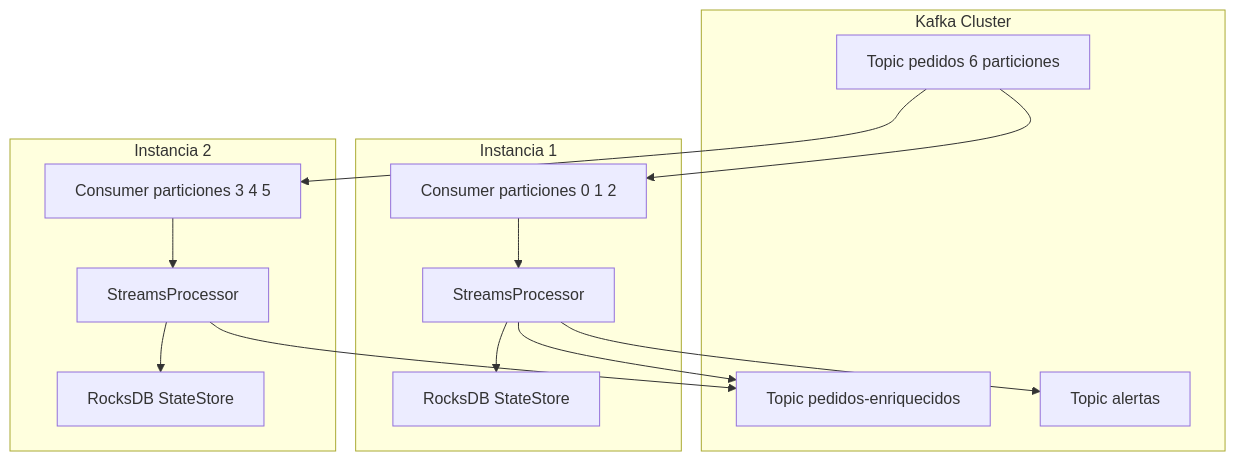
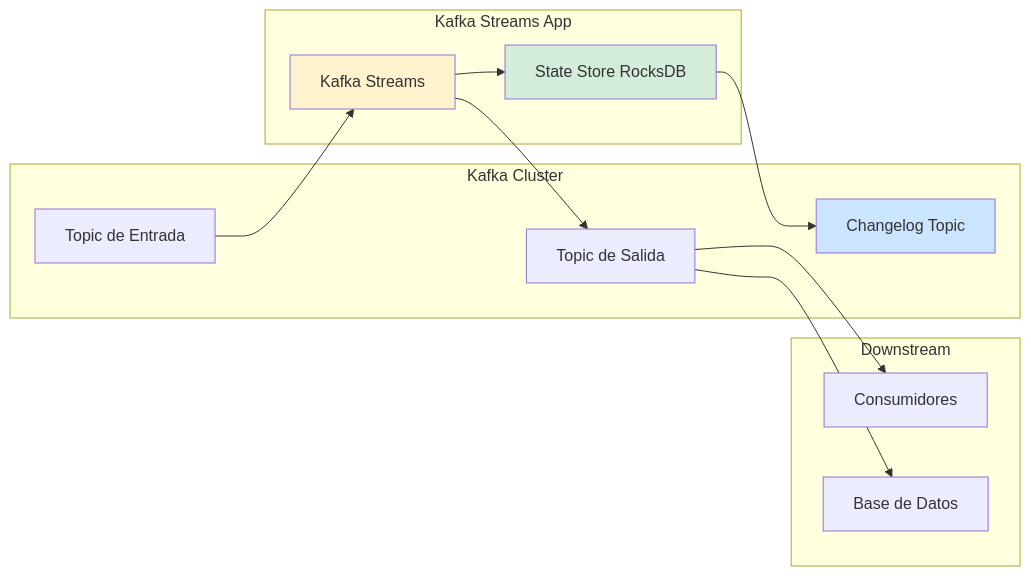
Before and after one commit to Joaquinriosheredia/DAM-Java-Mastery: the second of 3 diagrams in 07_BigData_Streaming/apache_kafka_streams_con_java_21_STAFF.md, drawn with Mermaid. The commit also changed other lines of this file, not shown here.

Commit message:
apache_kafka_streams_con_java_21_STAFF.md

````diff
--- a/07_BigData_Streaming/apache_kafka_streams_con_java_21_STAFF.md
+++ b/07_BigData_Streaming/apache_kafka_streams_con_java_21_STAFF.md
@@ -47,25 +174,29 @@
 ```mermaid
-graph TD
-    subgraph Kafka Cluster
-        A[Topic pedidos 6 particiones]
-        H[Topic pedidos-enriquecidos]
-        I[Topic alertas]
+graph LR
+    subgraph "Kafka Cluster"
+        TOPIC_IN[Topic de Entrada]
+        TOPIC_OUT[Topic de Salida]
+        CHANGELOG[Changelog Topic]
     end
-    subgraph Instancia 1
-        B[Consumer particiones 0 1 2]
-        C[StreamsProcessor]
-        D[RocksDB StateStore]
+    
+    subgraph "Kafka Streams App"
+        STREAMS[Kafka Streams]
+        STATE[State Store RocksDB]
     end
-    subgraph Instancia 2
-        E[Consumer particiones 3 4 5]
-        F[StreamsProcessor]
-        G[RocksDB StateStore]
+    
+    subgraph "Downstream"
+        CONS[Consumidores]
+        DB[Base de Datos]
     end
-    A --> B
-    A --> E
-    B --> C --> D
-    E --> F --> G
-    C --> H
-    F --> H
-    C --> I
+    
+    TOPIC_IN --> STREAMS
+    STREAMS --> STATE
+    STATE --> CHANGELOG
+    STREAMS --> TOPIC_OUT
+    TOPIC_OUT --> CONS
+    TOPIC_OUT --> DB
+    
+    style STATE fill:#d4edda
+    style CHANGELOG fill:#cce5ff
+    style STREAMS fill:#fff3cd
 ```
````
